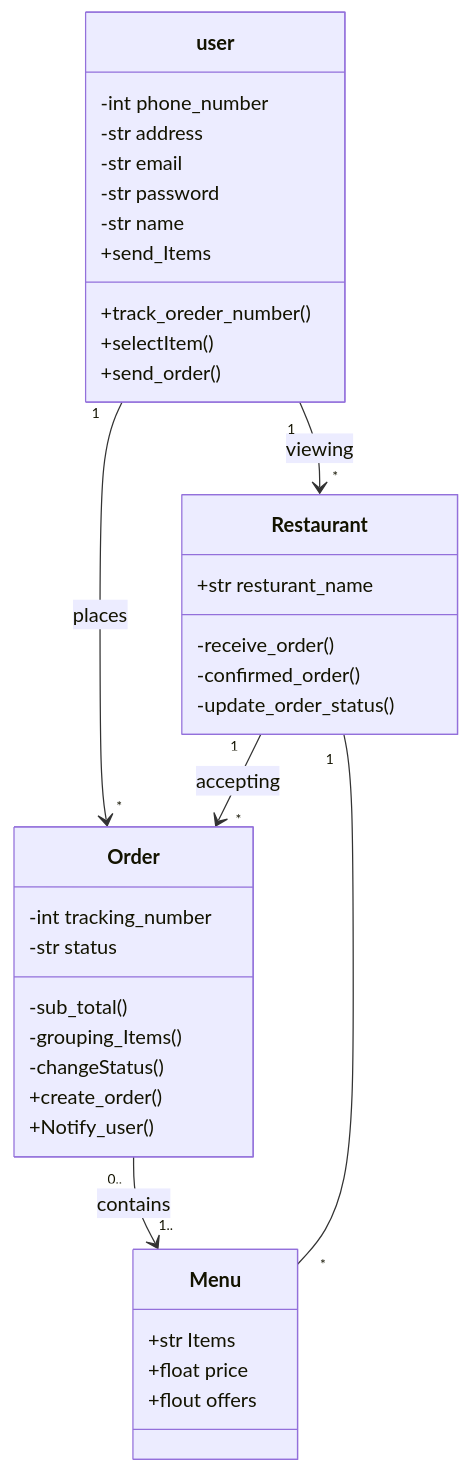
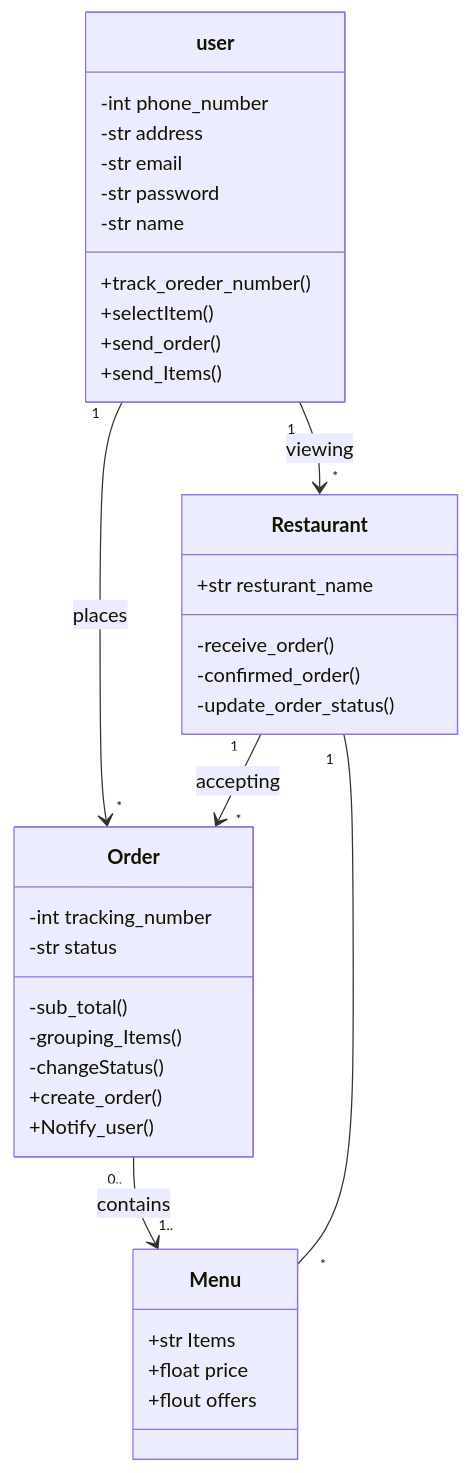
The diagram in diagramsUML/classDiagramFood.mmd (Tmadeer/Architecture_Plan_For_FoodDeliveryPlatform), drawn with Mermaid before and after one commit.

Commit message:
last Update

```diff
--- a/diagramsUML/classDiagramFood.mmd
+++ b/diagramsUML/classDiagramFood.mmd
@@ -1,42 +1,42 @@
 classDiagram
 direction TB
     class Menu {
        +str  Items
        +float  price
        +flout offers
     }
 
     class Order {
        -int tracking_number
        -str status
        -sub_total()
        -grouping_Items()
        -changeStatus()
        +create_order()
        +Notify_user()
     }
 
     class Restaurant {
         +str resturant_name
         -receive_order()
         -confirmed_order()
         -update_order_status()
     }
 
     class user {
         -int phone_number
         -str address
         -str email
         -str password
         -str name
         +track_oreder_number()
         +selectItem()
         +send_order()
-	+send_Items
+	+send_Items()
     }
 
    user "1" --> "*" Order : places
 Restaurant "1" --> "*" Order : accepting 
 Restaurant "1" -- "*" Menu 
 user "1" --> "*" Restaurant : viewing
 Order "0.." --> "1.." Menu : contains
```
